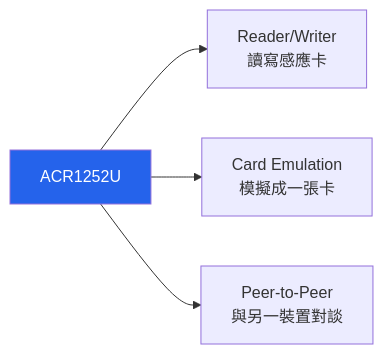
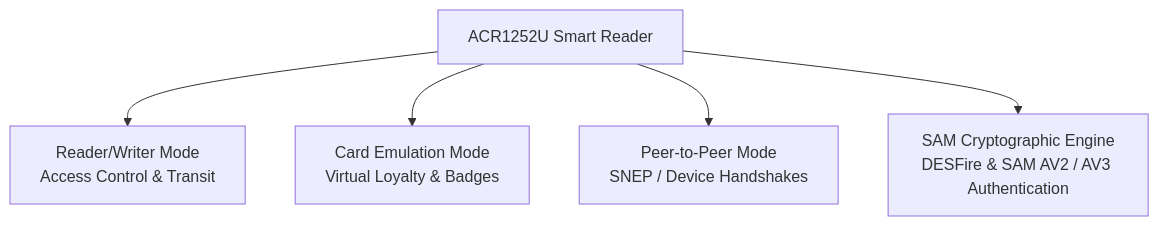
One commit to yopitek/yupitek-wiki changed the diagram in docs/05-acs/products/acr1252u/index.md. Above: the diagram before and after it, drawn with Mermaid. The commit also changed other lines of this file and 60 other files, not shown here.

````diff
--- a/docs/05-acs/products/acr1252u/index.md
+++ b/docs/05-acs/products/acr1252u/index.md
@@ -61,8 +63,7 @@
 ```mermaid
-flowchart LR
-    A[ACR1252U] --> B[Reader/Writer<br/>讀寫感應卡]
-    A --> C[Card Emulation<br/>模擬成一張卡]
-    A --> D[Peer-to-Peer<br/>與另一裝置對談]
-
-    style A fill:#2563eb,color:#fff
+flowchart TD
+    A[ACR1252U Smart Reader] --> B[Reader/Writer Mode<br/>Access Control & Transit]
+    A --> C[Card Emulation Mode<br/>Virtual Loyalty & Badges]
+    A --> D[Peer-to-Peer Mode<br/>SNEP / Device Handshakes]
+    A --> E[SAM Cryptographic Engine<br/>DESFire & SAM AV2 / AV3 Authentication]
 ```
````
